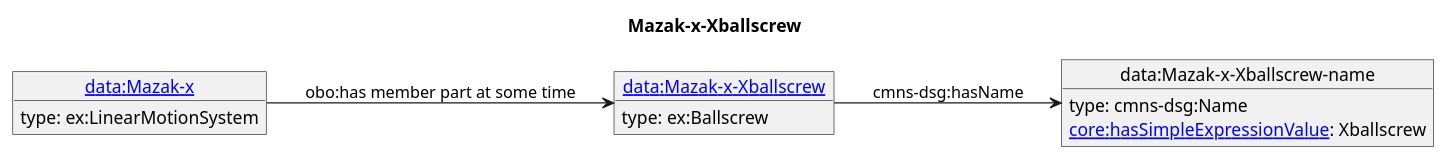
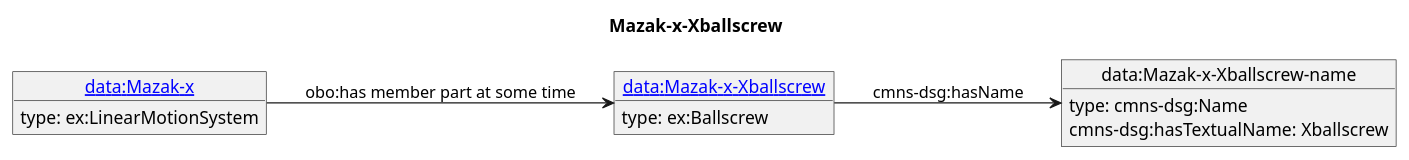
The diagram in diagrams/Mazak-x-Xballscrew.puml (iofoundry/example-syseng-mtconnect), drawn with PlantUML before and after one commit. The commit also changed 144 other files, not shown here.

Commit message:
Switched to omg commons hasTextualName since it does not require a value expression as the domain.

```diff
--- a/diagrams/Mazak-x-Xballscrew.puml
+++ b/diagrams/Mazak-x-Xballscrew.puml
@@ -1,17 +1,17 @@
 @startuml
 skinparam linetype polyline
 left to right direction
 title Mazak-x-Xballscrew
 object "[[./Mazak-x-Xballscrew.html data:Mazak-x-Xballscrew]]" as o1 {
  type: ex:Ballscrew 
 }
 object "data:Mazak-x-Xballscrew-name" as o2 {
  type: cmns-dsg:Name 
 }
 object "[[./Mazak-x.html data:Mazak-x]]" as o3 {
  type: ex:LinearMotionSystem 
 }
 o1 --> o2 : cmns-dsg:hasName
-o2 : [[https://spec.industrialontologies.org/ontology/core/Core/hasSimpleExpressionValue core:hasSimpleExpressionValue]]: Xballscrew
+o2 : cmns-dsg:hasTextualName: Xballscrew
 o3 --> o1 : obo:has member part at some time
 @enduml
```
